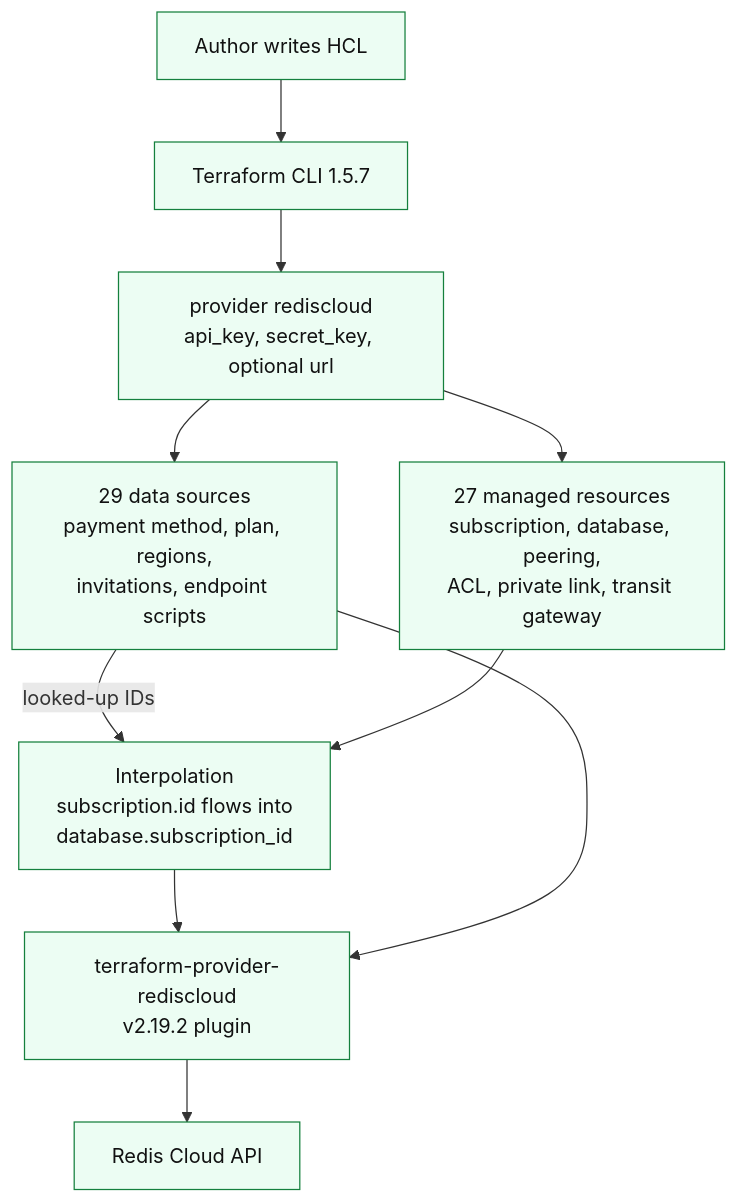
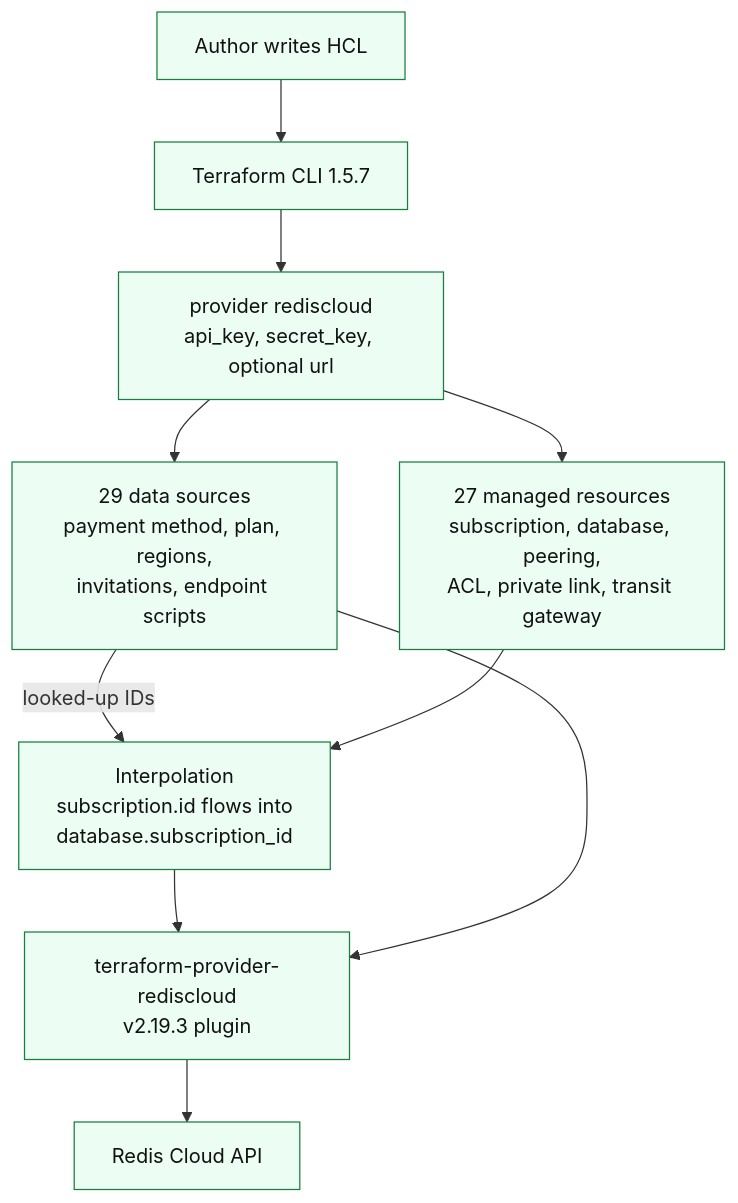
Before and after one commit to RedisLabs/crossplane-provider-rediscloud: the first of 2 diagrams in docs/terraform-alignment.md, drawn with Mermaid. The commit also changed other lines of this file, not shown here.

First line of the commit message:
Record Terraform provider v2.19.3 as the current alignment pin.

````diff
--- a/docs/terraform-alignment.md
+++ b/docs/terraform-alignment.md
@@ -47,24 +46,24 @@
 ```mermaid
 flowchart TB
   classDef present fill:#ecfdf3,stroke:#15803d,color:#111
 
   author["Author writes HCL"]
   cli["Terraform CLI 1.5.7"]
   cfg["provider rediscloud\napi_key, secret_key, optional url"]
   ds["29 data sources\npayment method, plan, regions,\ninvitations, endpoint scripts"]
   res["27 managed resources\nsubscription, database, peering,\nACL, private link, transit gateway"]
   link["Interpolation\nsubscription.id flows into\ndatabase.subscription_id"]
-  plugin["terraform-provider-rediscloud\nv2.19.2 plugin"]
+  plugin["terraform-provider-rediscloud\nv2.19.3 plugin"]
   cloud["Redis Cloud API"]
 
   author --> cli --> cfg
   cfg --> ds
   cfg --> res
   ds -->|"looked-up IDs"| link
   res --> link
   link --> plugin
   ds --> plugin
   plugin --> cloud
 
   class author,cli,cfg,ds,res,link,plugin,cloud present
 ```
````
